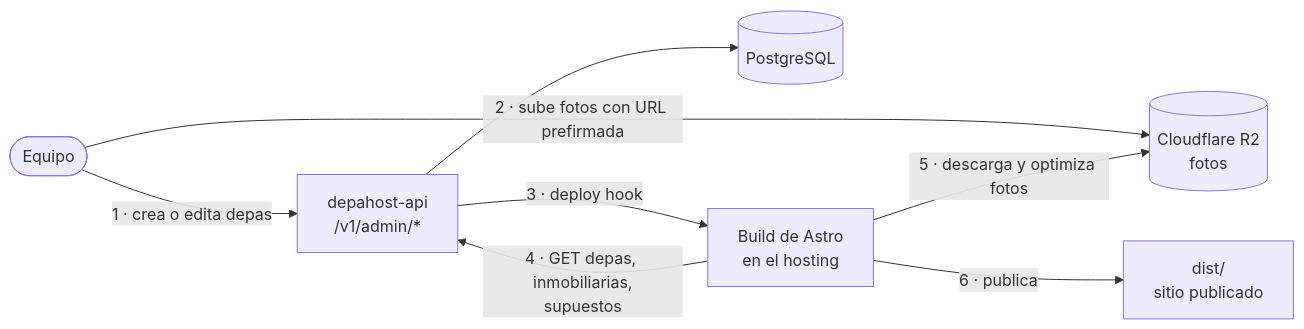
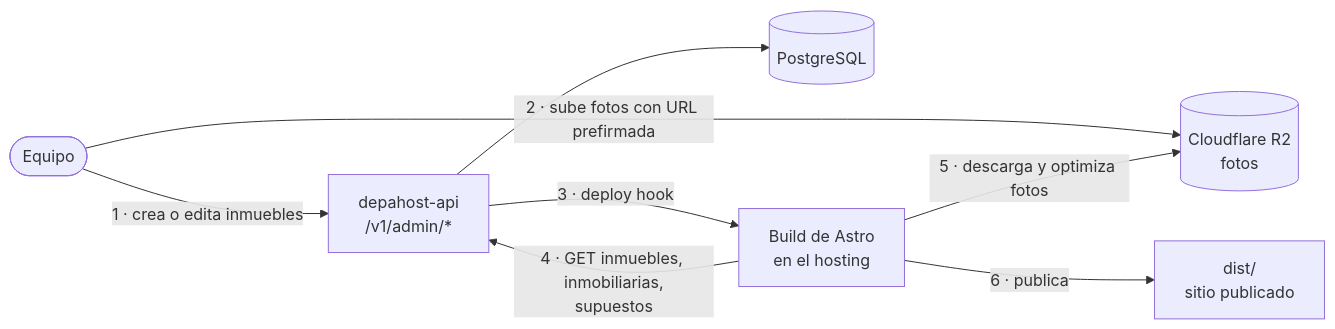
The second of 4 diagrams in docs/plataforma/01-arquitectura.md (samirharrytl/DHC_landing), drawn with Mermaid before and after one commit. The commit also changed other lines of this file and 72 other files, not shown here.

First line of the commit message:
Fuente Poppins como depahostperu.com, "Mis depas" pasa a "Mis inmuebles" y cambios en API y panel

````diff
--- a/docs/plataforma/01-arquitectura.md
+++ b/docs/plataforma/01-arquitectura.md
@@ -52,17 +52,17 @@
 ```mermaid
 flowchart LR
     EQ(["Equipo"])
     API["depahost-api<br/>/v1/admin/*"]
     PG[("PostgreSQL")]
     R2[("Cloudflare R2<br/>fotos")]
     BUILD["Build de Astro<br/>en el hosting"]
     DIST["dist/<br/>sitio publicado"]
 
-    EQ -- "1 · crea o edita depas" --> API
+    EQ -- "1 · crea o edita inmuebles" --> API
     API --> PG
     EQ -- "2 · sube fotos con URL prefirmada" --> R2
     API -- "3 · deploy hook" --> BUILD
-    BUILD -- "4 · GET depas, inmobiliarias,<br/>supuestos" --> API
+    BUILD -- "4 · GET inmuebles, inmobiliarias,<br/>supuestos" --> API
     BUILD -- "5 · descarga y optimiza fotos" --> R2
     BUILD -- "6 · publica" --> DIST
 ```
````
